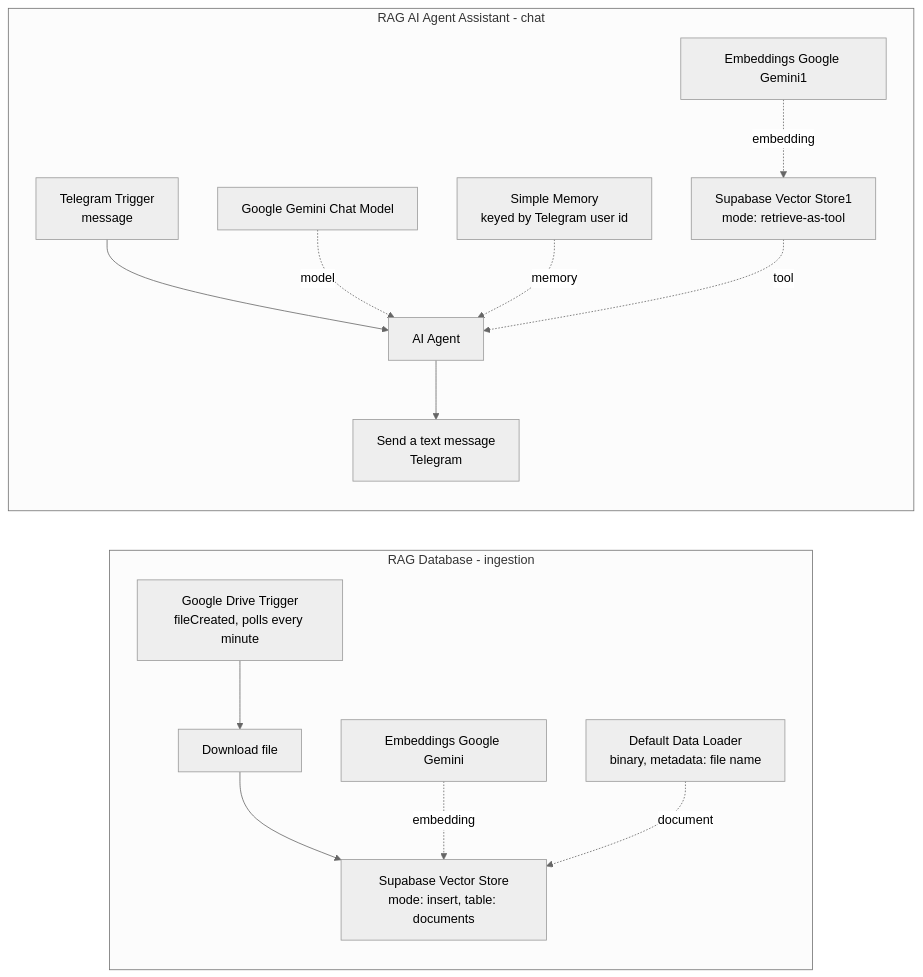
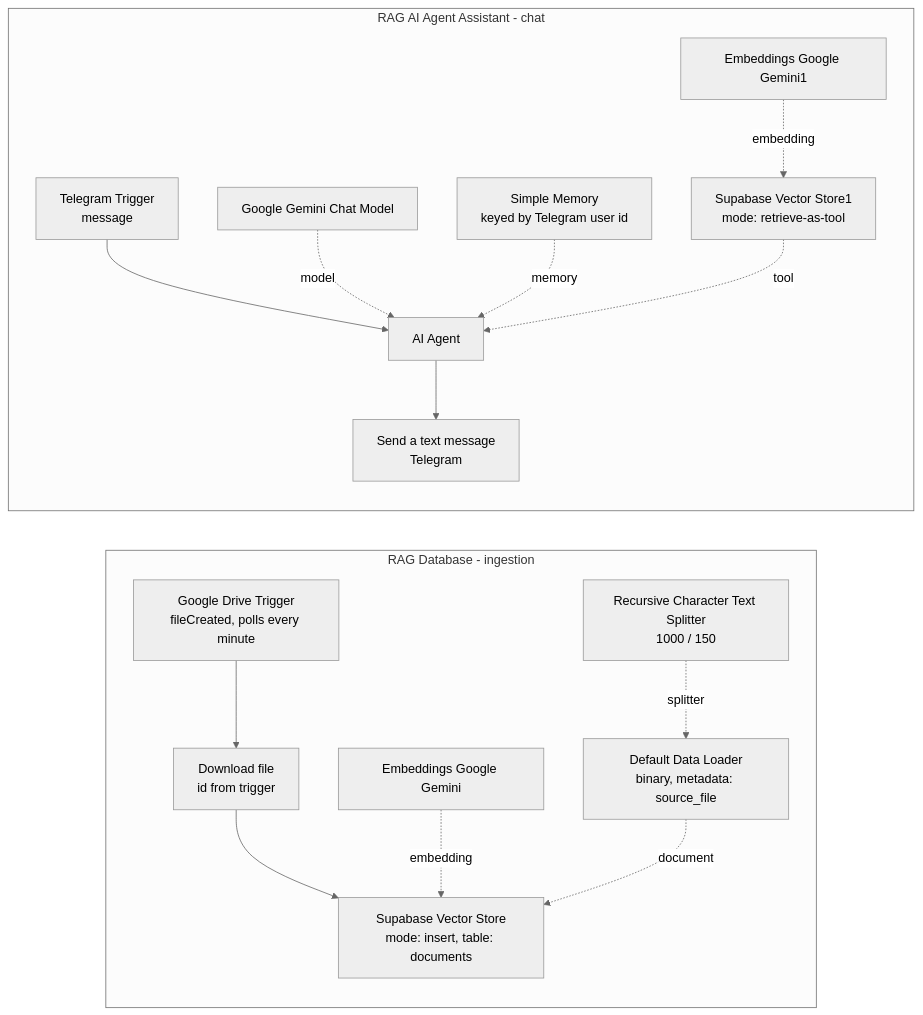
One commit to Omar-Ayman0/n8n-ai-automation-projects changed the first of 2 diagrams in supabase-rag-ai-agent/README.md. Above: the diagram before and after it, drawn with Mermaid (neutral theme). The commit also changed other lines of this file and 18 other files, not shown here.

````diff
--- a/supabase-rag-ai-agent/README.md
+++ b/supabase-rag-ai-agent/README.md
@@ -21,18 +21,19 @@
 ```mermaid
 flowchart LR
     subgraph ING["RAG Database - ingestion"]
-        GDT["Google Drive Trigger<br/>fileCreated, polls every minute"] --> DL["Download file"]
+        GDT["Google Drive Trigger<br/>fileCreated, polls every minute"] --> DL["Download file<br/>id from trigger"]
         DL --> VSI["Supabase Vector Store<br/>mode: insert, table: documents"]
         EMB["Embeddings Google Gemini"] -.->|embedding| VSI
-        LOAD["Default Data Loader<br/>binary, metadata: file name"] -.->|document| VSI
+        LOAD["Default Data Loader<br/>binary, metadata: source_file"] -.->|document| VSI
+        SPL["Recursive Character Text Splitter<br/>1000 / 150"] -.->|splitter| LOAD
     end
 
     subgraph CHAT["RAG AI Agent Assistant - chat"]
         TGT["Telegram Trigger<br/>message"] --> AG["AI Agent"]
         AG --> SEND["Send a text message<br/>Telegram"]
         LLM["Google Gemini Chat Model"] -.->|model| AG
         MEM["Simple Memory<br/>keyed by Telegram user id"] -.->|memory| AG
         VSR["Supabase Vector Store1<br/>mode: retrieve-as-tool"] -.->|tool| AG
         EMB1["Embeddings Google Gemini1"] -.->|embedding| VSR
     end
 ```
````
